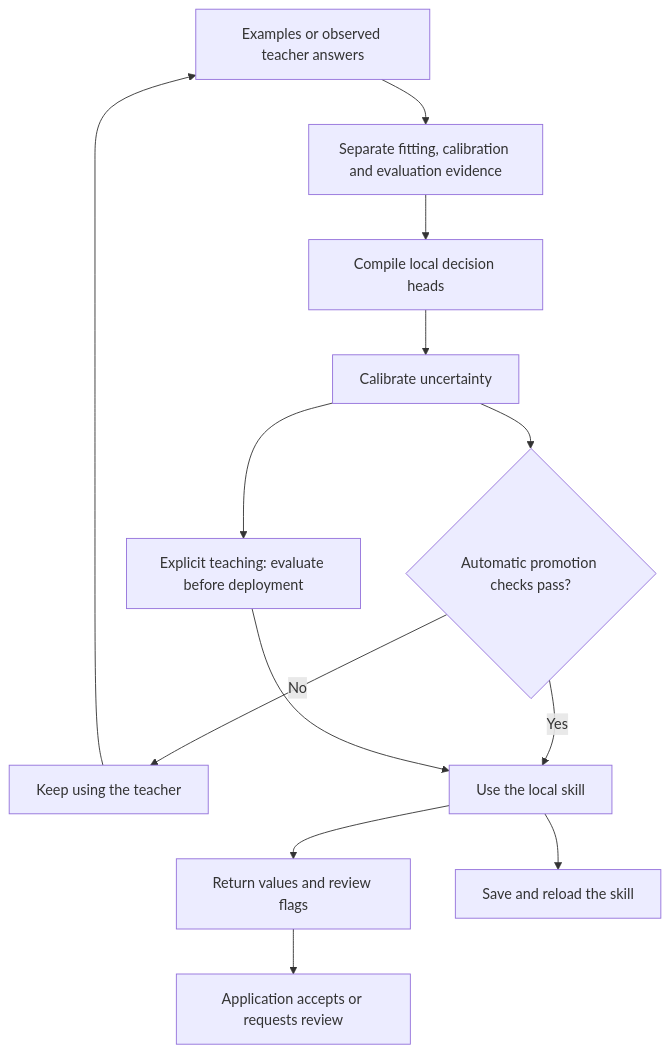
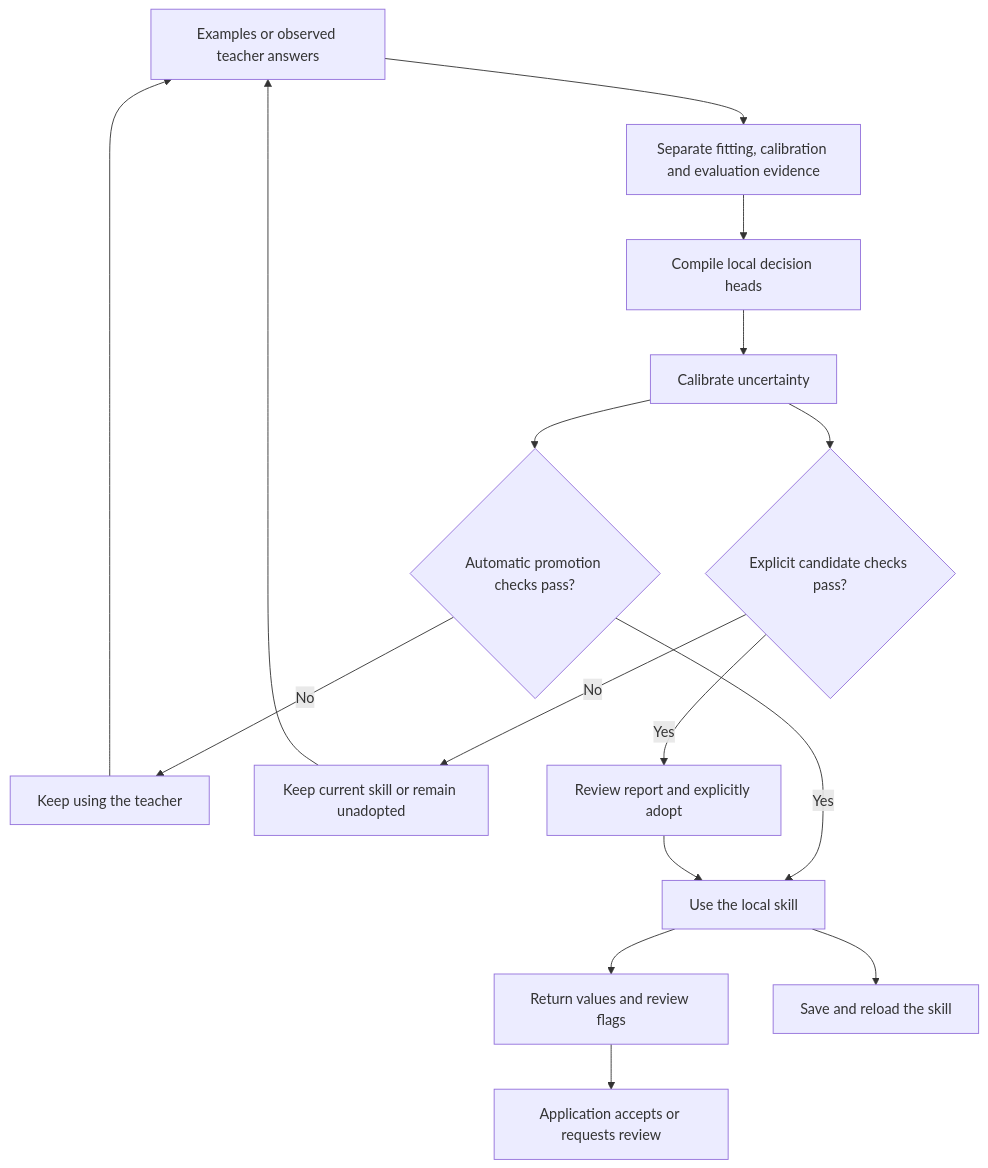
The diagram in docs/architecture/technical_specification.md (steph4n-gh/system1), drawn with Mermaid before and after one commit. The commit also changed other lines of this file and 31 other files, not shown here.

Commit message:
Complete teaching corrections, candidate review and explicit adoption

````diff
--- a/docs/architecture/technical_specification.md
+++ b/docs/architecture/technical_specification.md
@@ -19,15 +19,18 @@
 ```mermaid
 flowchart TD
     A[Examples or observed teacher answers] --> B[Separate fitting, calibration and evaluation evidence]
     B --> C[Compile local decision heads]
     C --> D[Calibrate uncertainty]
     D --> E{Automatic promotion checks pass?}
     E -->|No| F[Keep using the teacher]
     F --> A
     E -->|Yes| G[Use the local skill]
-    D --> H[Explicit teaching: evaluate before deployment]
-    H --> G
+    D --> H{Explicit candidate checks pass?}
+    H -->|No| L[Keep current skill or remain unadopted]
+    L --> A
+    H -->|Yes| M[Review report and explicitly adopt]
+    M --> G
     G --> I[Return values and review flags]
     G --> J[Save and reload the skill]
     I --> K[Application accepts or requests review]
 ```
````
